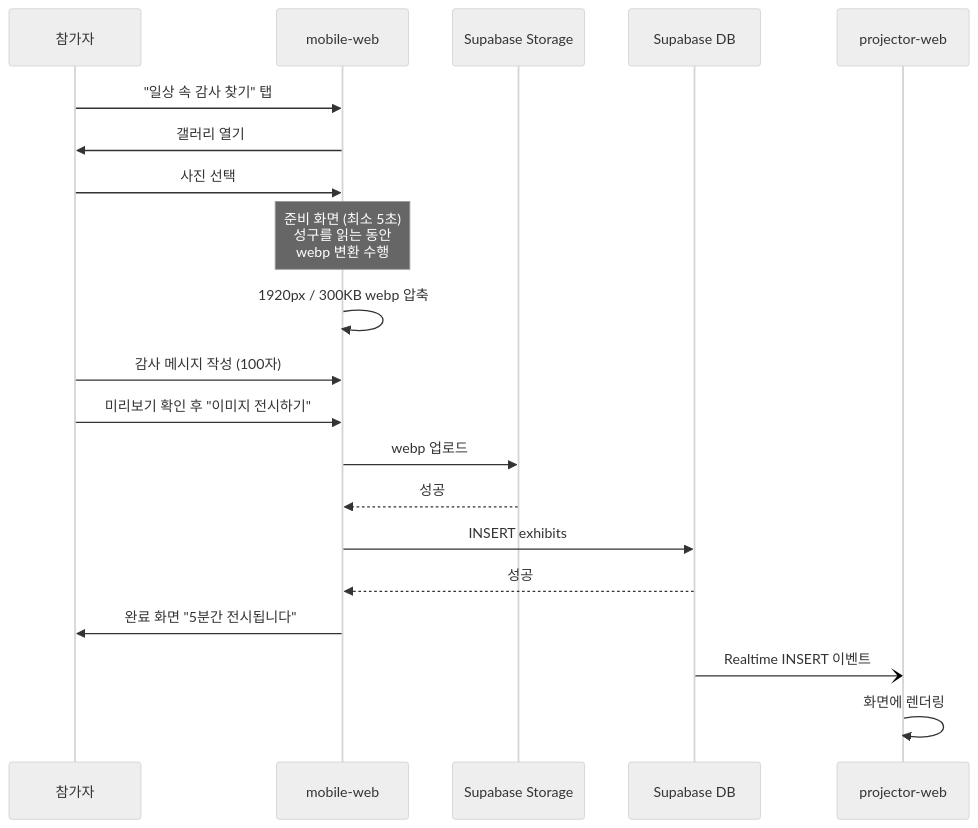
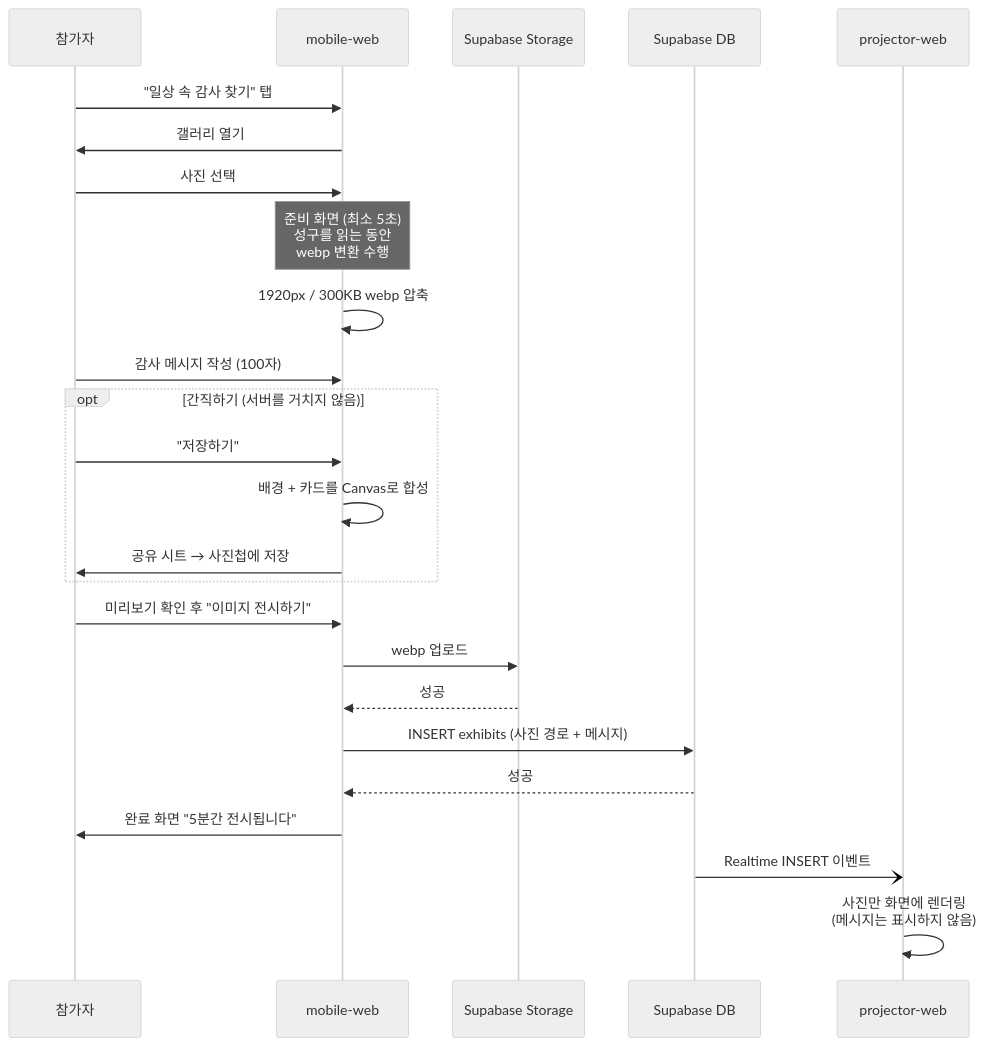
One commit to kingkiboots/glimpse-of-epiphany changed the second of 5 diagrams in README.md. Above: the diagram before and after it, drawn with Mermaid (neutral theme). The commit also changed other lines of this file and 2 other files, not shown here.

````diff
--- a/README.md
+++ b/README.md
@@ -108,27 +118,34 @@
 ```mermaid
 sequenceDiagram
     participant U as 참가자
     participant M as mobile-web
     participant S as Supabase Storage
     participant D as Supabase DB
     participant P as projector-web
 
     U->>M: "일상 속 감사 찾기" 탭
     M->>U: 갤러리 열기
     U->>M: 사진 선택
 
     Note over M: 준비 화면 (최소 5초)<br/>성구를 읽는 동안<br/>webp 변환 수행
     M->>M: 1920px / 300KB webp 압축
 
     U->>M: 감사 메시지 작성 (100자)
+
+    opt 간직하기 (서버를 거치지 않음)
+        U->>M: "저장하기"
+        M->>M: 배경 + 카드를 Canvas로 합성
+        M->>U: 공유 시트 → 사진첩에 저장
+    end
+
     U->>M: 미리보기 확인 후 "이미지 전시하기"
 
     M->>S: webp 업로드
     S-->>M: 성공
-    M->>D: INSERT exhibits
+    M->>D: INSERT exhibits (사진 경로 + 메시지)
     D-->>M: 성공
     M->>U: 완료 화면 "5분간 전시됩니다"
 
     D-)P: Realtime INSERT 이벤트
-    P->>P: 화면에 렌더링
+    P->>P: 사진만 화면에 렌더링<br/>(메시지는 표시하지 않음)
 ```
````
